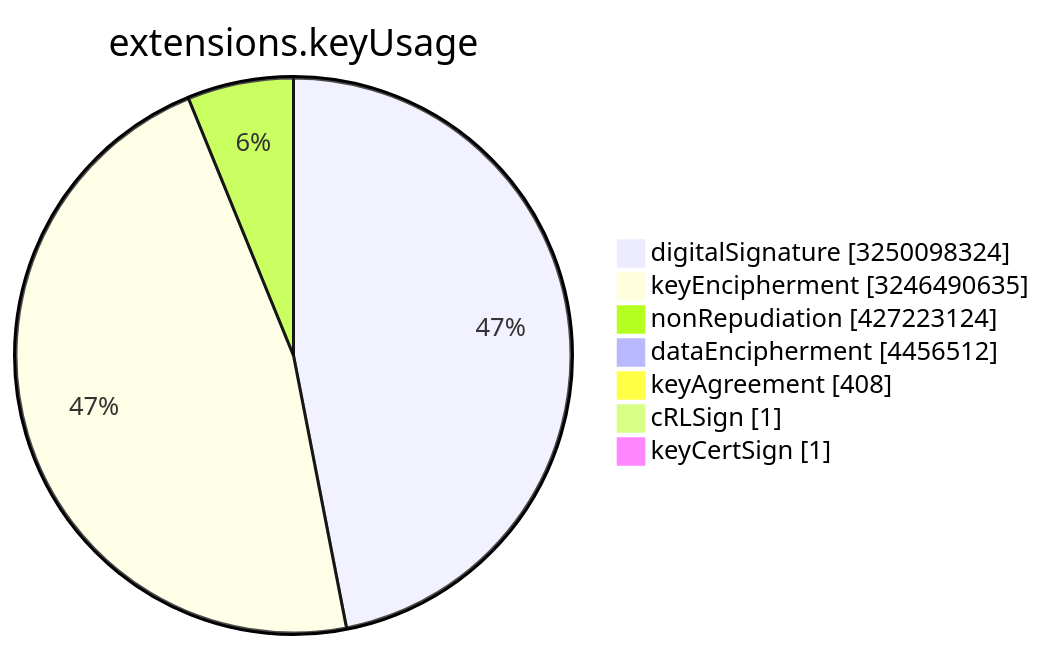
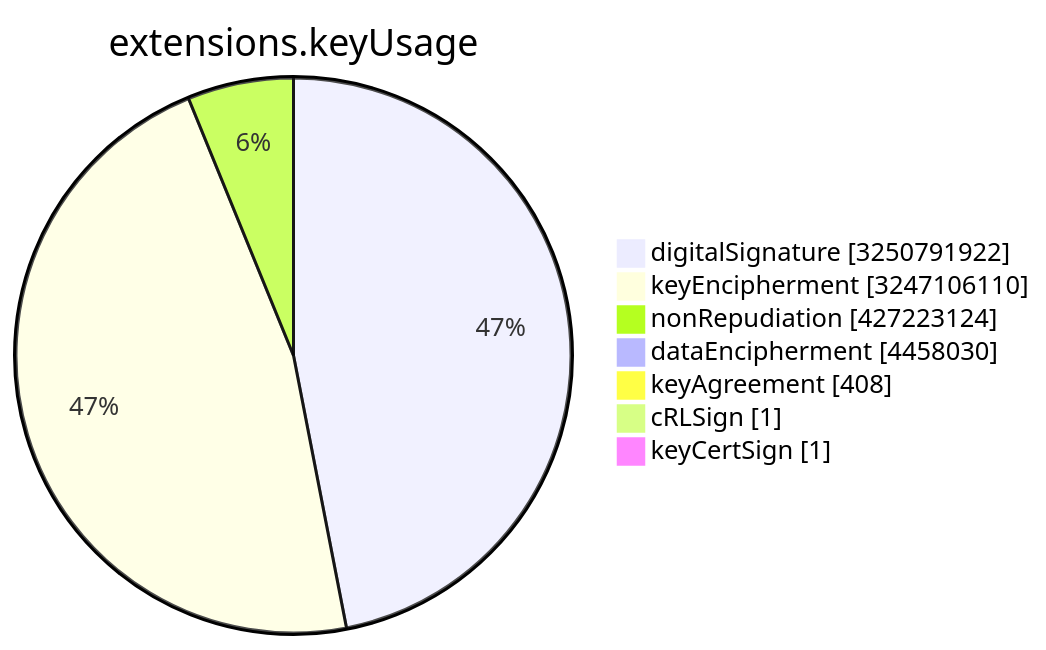
Before and after one commit to christiankrug/ctmonitor_visualization: the sixth of 15 diagrams in TOTAL/README.md, drawn with Mermaid. The commit also changed other lines of this file, not shown here.

````diff
--- a/TOTAL/README.md
+++ b/TOTAL/README.md
@@ -3078,11 +3078,11 @@
 ```mermaid
 pie showData
 title extensions.keyUsage
-"digitalSignature" :3250098324
-"keyEncipherment" :3246490635
+"digitalSignature" :3250791922
+"keyEncipherment" :3247106110
 "nonRepudiation" :427223124
-"dataEncipherment" :4456512
+"dataEncipherment" :4458030
 "keyAgreement" :408
 "cRLSign" :1
 "keyCertSign" :1
 ```
````
